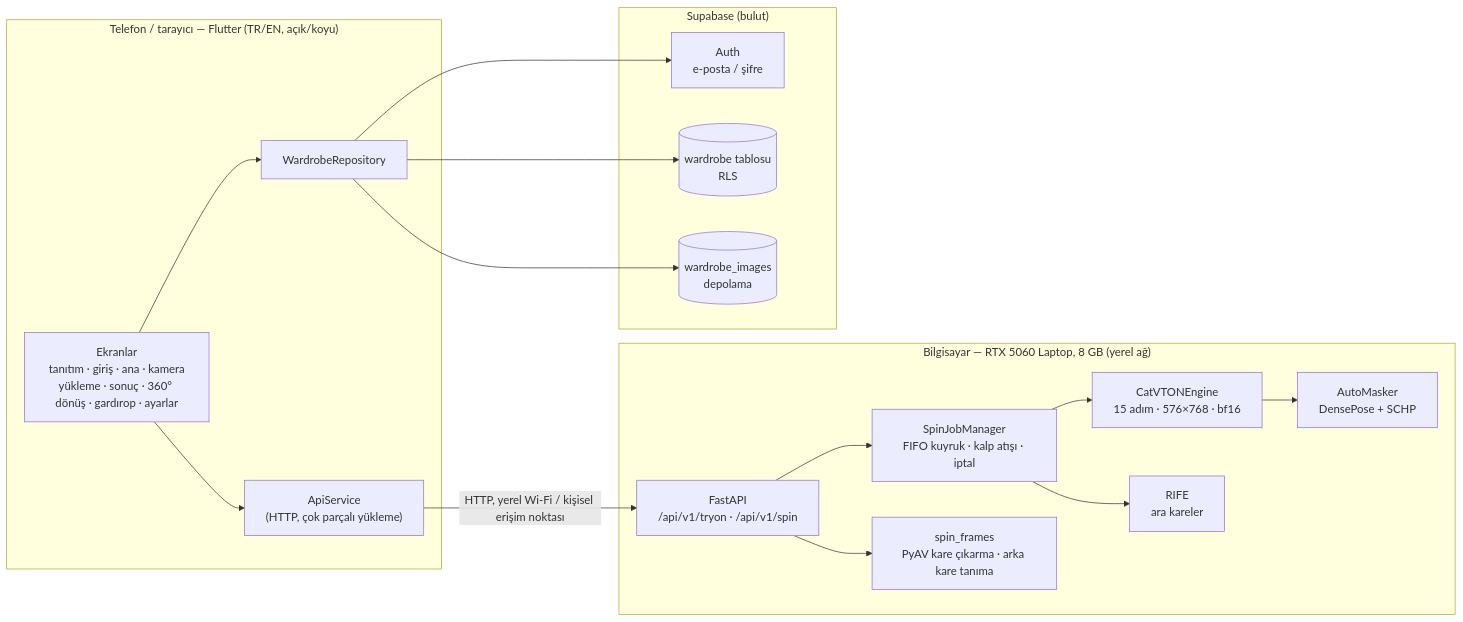
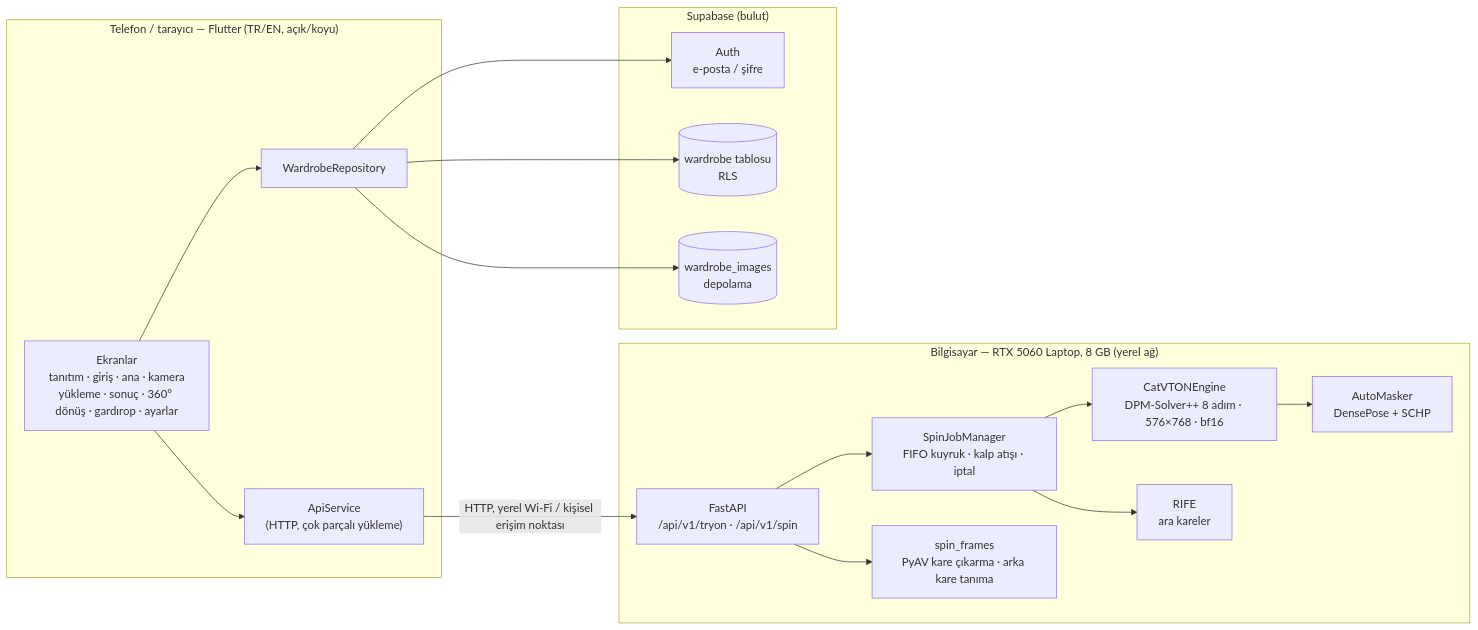
Before and after one commit to mstfgkts5/virtual-try-on-mobile: the first of 6 diagrams in ARCHITECTURE.md, drawn with Mermaid. The commit also changed other lines of this file and 17 other files, not shown here.

Commit message:
perf: DPM-Solver++ sampler (full 8 steps ~5 s, live preview 3 steps ~1 s), two requests in flight, JPEG preview

````diff
--- a/ARCHITECTURE.md
+++ b/ARCHITECTURE.md
@@ -7,35 +7,35 @@
 ```mermaid
 flowchart LR
     subgraph Phone["Telefon / tarayıcı — Flutter (TR/EN, açık/koyu)"]
         UI["Ekranlar<br/>tanıtım · giriş · ana · kamera<br/>yükleme · sonuç · 360° dönüş · gardırop · ayarlar"]
         API["ApiService<br/>(HTTP, çok parçalı yükleme)"]
         REPO["WardrobeRepository"]
         UI --> API
         UI --> REPO
     end
 
     subgraph PC["Bilgisayar — RTX 5060 Laptop, 8 GB (yerel ağ)"]
         FAST["FastAPI<br/>/api/v1/tryon · /api/v1/spin"]
         JOBS["SpinJobManager<br/>FIFO kuyruk · kalp atışı · iptal"]
         FRAMES["spin_frames<br/>PyAV kare çıkarma · arka kare tanıma"]
-        ENG["CatVTONEngine<br/>15 adım · 576×768 · bf16"]
+        ENG["CatVTONEngine<br/>DPM-Solver++ 8 adım · 576×768 · bf16"]
         MASK["AutoMasker<br/>DensePose + SCHP"]
         RIFE["RIFE<br/>ara kareler"]
         FAST --> JOBS
         FAST --> FRAMES
         JOBS --> ENG
         JOBS --> RIFE
         ENG --> MASK
     end
 
     subgraph Cloud["Supabase (bulut)"]
         AUTH["Auth<br/>e-posta / şifre"]
         DB[("wardrobe tablosu<br/>RLS")]
         ST[("wardrobe_images<br/>depolama")]
     end
 
     API -- "HTTP, yerel Wi-Fi / kişisel erişim noktası" --> FAST
     REPO --> AUTH
     REPO --> DB
     REPO --> ST
 ```
````
